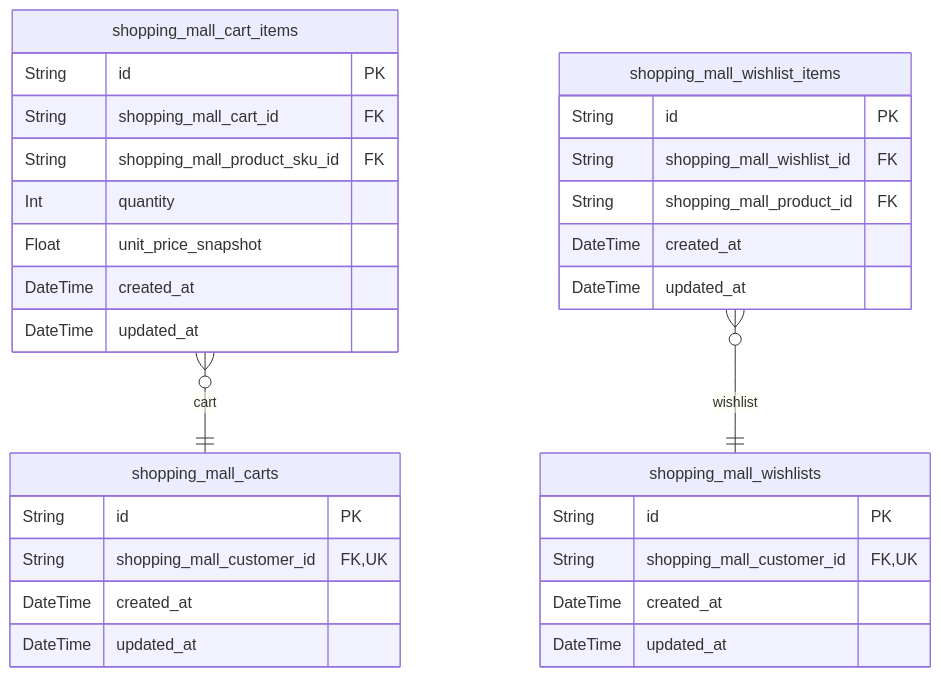
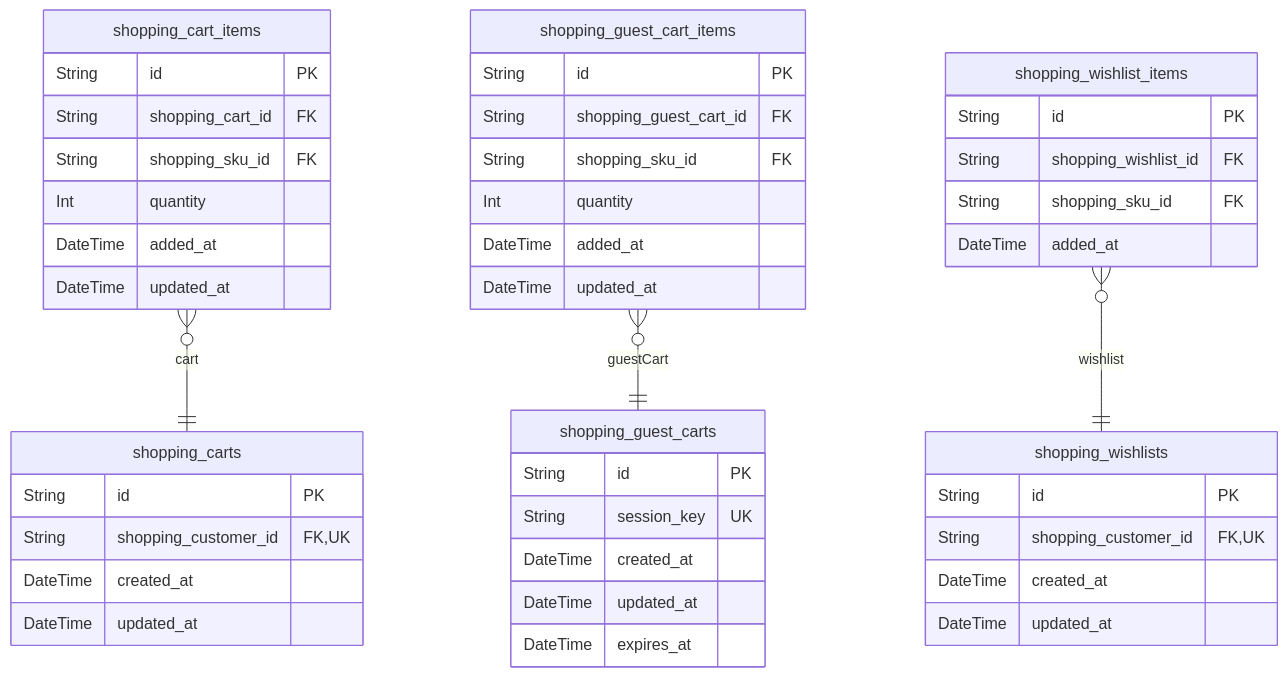
Before and after one commit to wrtnlabs/autobe-examples: the fifth of 12 diagrams in openai/gpt-4.1/shopping/docs/ERD.md, drawn with Mermaid. The commit also changed other lines of this file and 16146 other files, not shown here.

````diff
--- a/openai/gpt-4.1/shopping/docs/ERD.md
+++ b/openai/gpt-4.1/shopping/docs/ERD.md
@@ -744,33 +1031,47 @@
 ```mermaid
 erDiagram
-"shopping_mall_carts" {
+"shopping_carts" {
   String id PK
-  String shopping_mall_customer_id FK,UK
+  String shopping_customer_id FK,UK
   DateTime created_at
   DateTime updated_at
 }
-"shopping_mall_cart_items" {
+"shopping_cart_items" {
   String id PK
-  String shopping_mall_cart_id FK
-  String shopping_mall_product_sku_id FK
+  String shopping_cart_id FK
+  String shopping_sku_id FK
   Int quantity
-  Float unit_price_snapshot
+  DateTime added_at
+  DateTime updated_at
+}
+"shopping_guest_carts" {
+  String id PK
+  String session_key UK
+  DateTime created_at
+  DateTime updated_at
+  DateTime expires_at
+}
+"shopping_guest_cart_items" {
+  String id PK
+  String shopping_guest_cart_id FK
+  String shopping_sku_id FK
+  Int quantity
+  DateTime added_at
+  DateTime updated_at
+}
+"shopping_wishlists" {
+  String id PK
+  String shopping_customer_id FK,UK
   DateTime created_at
   DateTime updated_at
 }
-"shopping_mall_wishlists" {
+"shopping_wishlist_items" {
   String id PK
-  String shopping_mall_customer_id FK,UK
-  DateTime created_at
-  DateTime updated_at
+  String shopping_wishlist_id FK
+  String shopping_sku_id FK
+  DateTime added_at
 }
-"shopping_mall_wishlist_items" {
-  String id PK
-  String shopping_mall_wishlist_id FK
-  String shopping_mall_product_id FK
-  DateTime created_at
-  DateTime updated_at
-}
-"shopping_mall_cart_items" }o--|| "shopping_mall_carts" : cart
-"shopping_mall_wishlist_items" }o--|| "shopping_mall_wishlists" : wishlist
+"shopping_cart_items" }o--|| "shopping_carts" : cart
+"shopping_guest_cart_items" }o--|| "shopping_guest_carts" : guestCart
+"shopping_wishlist_items" }o--|| "shopping_wishlists" : wishlist
 ```
````
